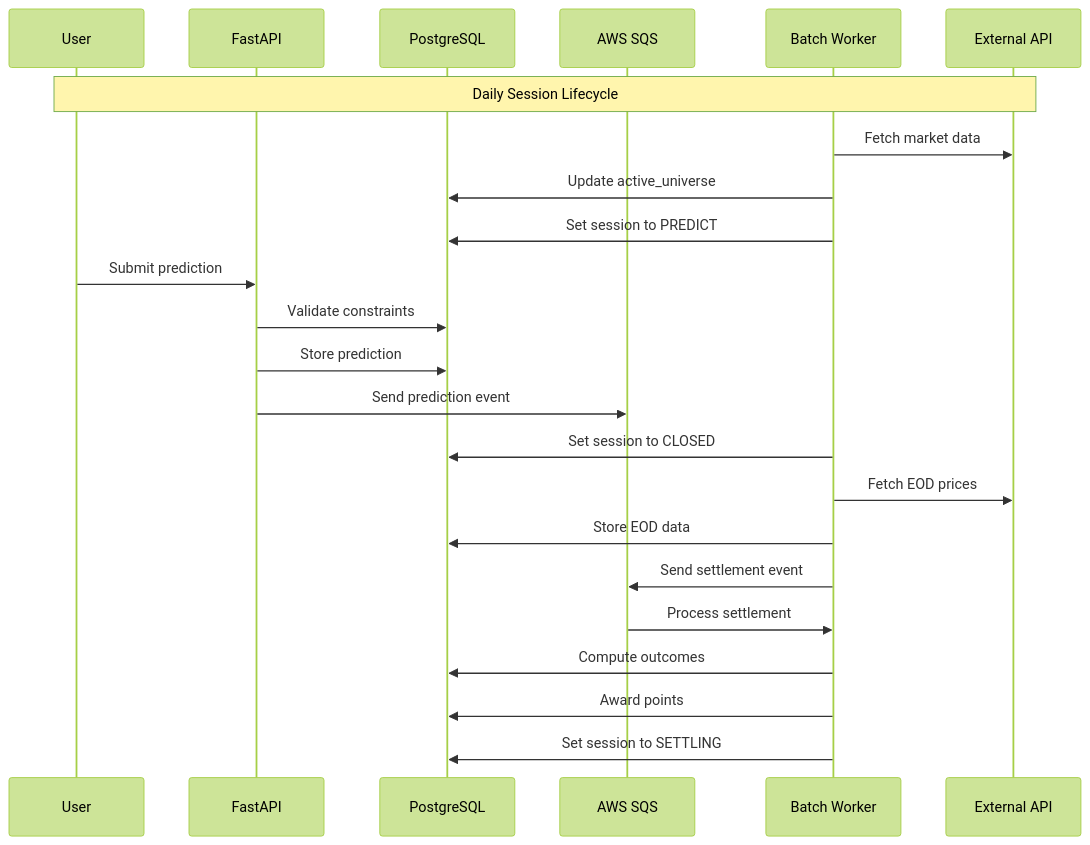
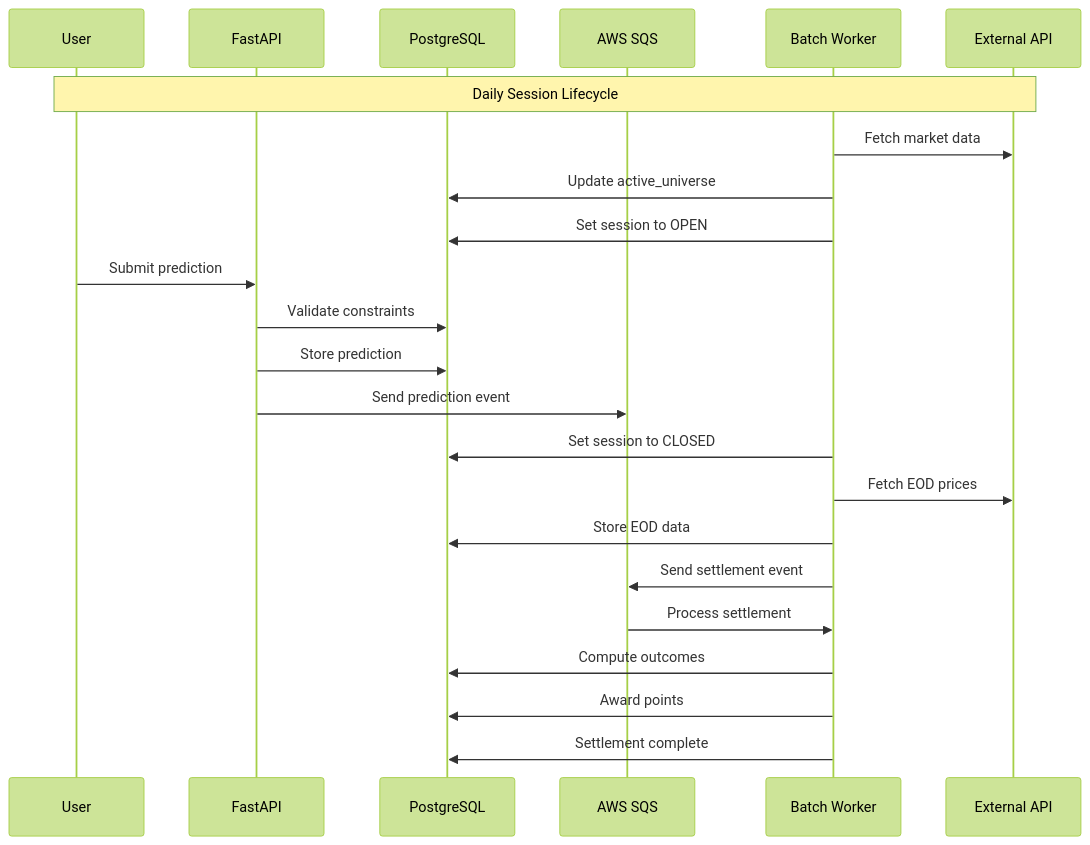
Before and after one commit to jaewoong2/stock_ox_predict: the second of 3 diagrams in docs/ox_implementation_guide.md, drawn with Mermaid (forest theme). The commit also changed 24 other files, not shown here.

````diff
--- a/docs/ox_implementation_guide.md
+++ b/docs/ox_implementation_guide.md
@@ -284,34 +284,34 @@
 ```mermaid
 sequenceDiagram
     participant U as User
     participant API as FastAPI
     participant DB as PostgreSQL
     participant SQS as AWS SQS
     participant BATCH as Batch Worker
     participant EXT as External API
 
     Note over U,EXT: Daily Session Lifecycle
 
     %% Morning: Universe Selection & Session Open
     BATCH->>EXT: Fetch market data
     BATCH->>DB: Update active_universe
-    BATCH->>DB: Set session to PREDICT
+    BATCH->>DB: Set session to OPEN
     
     %% Day: User Predictions
     U->>API: Submit prediction
     API->>DB: Validate constraints
     API->>DB: Store prediction
     API->>SQS: Send prediction event
     
     %% Evening: Prediction Cutoff
     BATCH->>DB: Set session to CLOSED
     
     %% Night: Settlement
     BATCH->>EXT: Fetch EOD prices
     BATCH->>DB: Store EOD data
     BATCH->>SQS: Send settlement event
     SQS->>BATCH: Process settlement
     BATCH->>DB: Compute outcomes
     BATCH->>DB: Award points
-    BATCH->>DB: Set session to SETTLING
+    BATCH->>DB: Settlement complete
 ```
````
